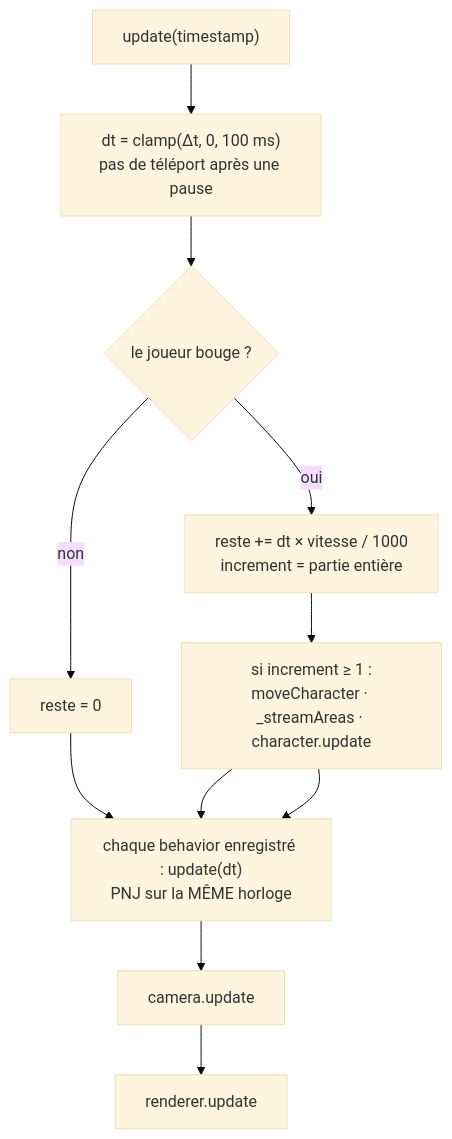
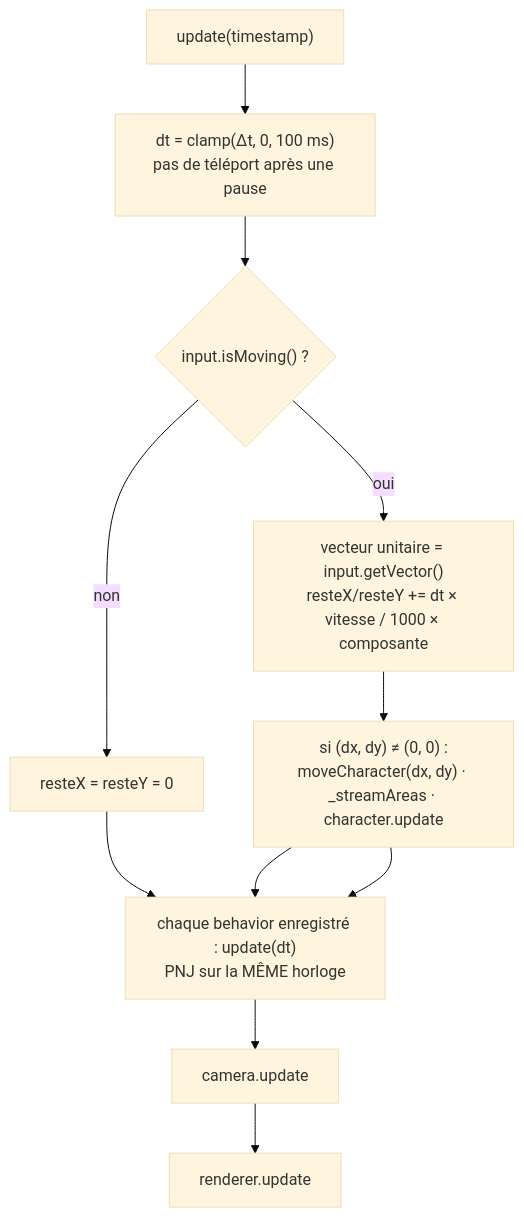
Before and after one commit to deljdlx/dc-container-kingdom: the first of 3 diagrams in meta/documentation/engine.md, drawn with Mermaid (base theme). The commit also changed other lines of this file and 11 other files, not shown here.

````diff
--- a/meta/documentation/engine.md
+++ b/meta/documentation/engine.md
@@ -55,13 +55,13 @@
 ```mermaid
 flowchart TD
     U["update(timestamp)"] --> DT["dt = clamp(Δt, 0, 100 ms)<br/>pas de téléport après une pause"]
-    DT --> Q{"le joueur bouge ?"}
-    Q -->|oui| ACC["reste += dt × vitesse / 1000<br/>increment = partie entière"]
-    Q -->|non| RST["reste = 0"]
-    ACC --> MC["si increment ≥ 1 :<br/>moveCharacter · _streamAreas · character.update"]
+    DT --> Q{"input.isMoving() ?"}
+    Q -->|oui| ACC["vecteur unitaire = input.getVector()<br/>resteX/resteY += dt × vitesse / 1000 × composante"]
+    Q -->|non| RST["resteX = resteY = 0"]
+    ACC --> MC["si (dx, dy) ≠ (0, 0) :<br/>moveCharacter(dx, dy) · _streamAreas · character.update"]
     RST --> B
     MC --> B
     MC --> B["chaque behavior enregistré : update(dt)<br/>PNJ sur la MÊME horloge"]
     B --> C["camera.update"]
     C --> R["renderer.update"]
 ```
````
